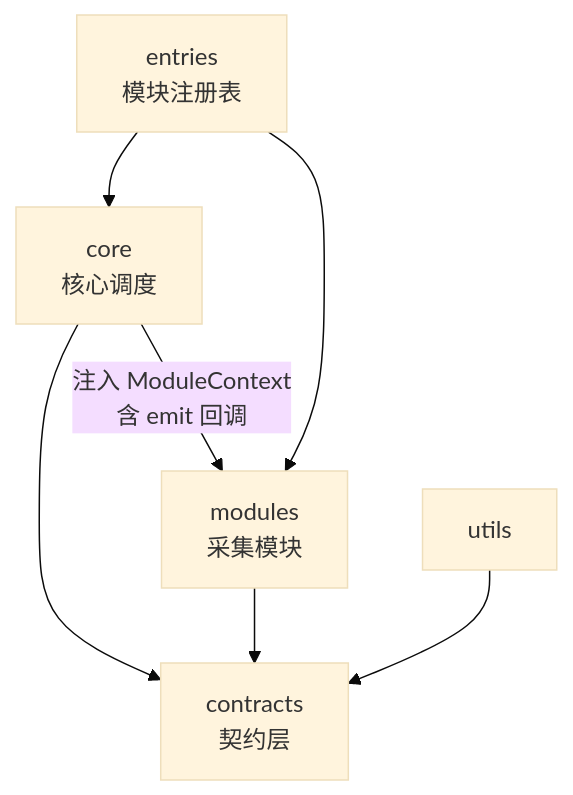
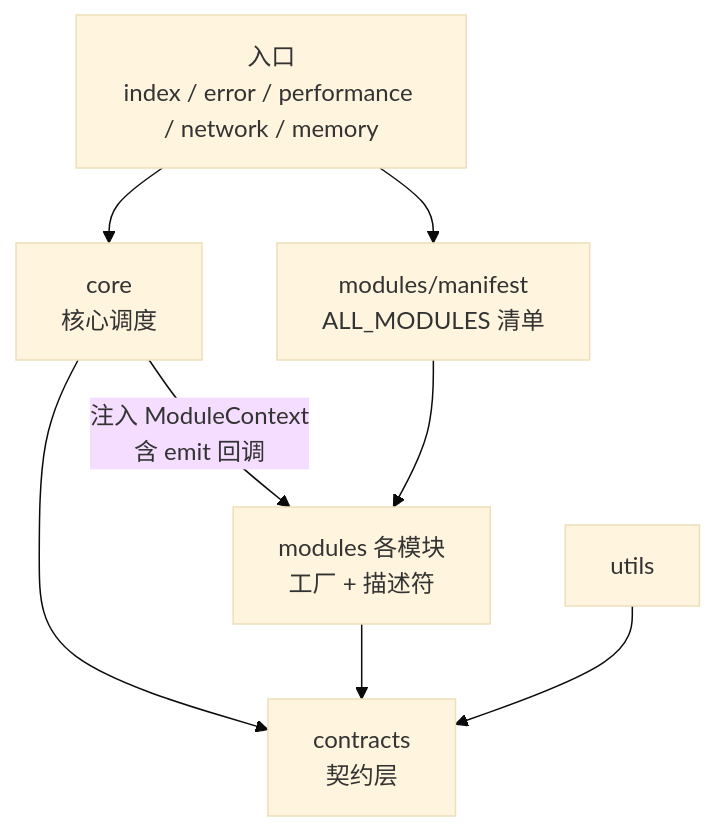
Before and after one commit to 1Egbert1/monitor-report: the first of 2 diagrams in 09-monitor-report-实现规格书.md, drawn with Mermaid (base theme). The commit also changed other lines of this file and 29 other files, not shown here.

````diff
--- a/09-monitor-report-实现规格书.md
+++ b/09-monitor-report-实现规格书.md
@@ -179,9 +183,10 @@
 ```mermaid
 flowchart TD
-    E["entries<br/>模块注册表"] --> C["core<br/>核心调度"]
+    E["入口<br/>index / error / performance / network / memory"] --> R["modules/manifest<br/>ALL_MODULES 清单"]
+    E --> C["core<br/>核心调度"]
     C --> K["contracts<br/>契约层"]
-    M["modules<br/>采集模块"] --> K
+    M["modules 各模块<br/>工厂 + 描述符"] --> K
     C -->|"注入 ModuleContext<br/>含 emit 回调"| M
     U["utils"] --> K
-    E --> M
+    R --> M
 ```
````
